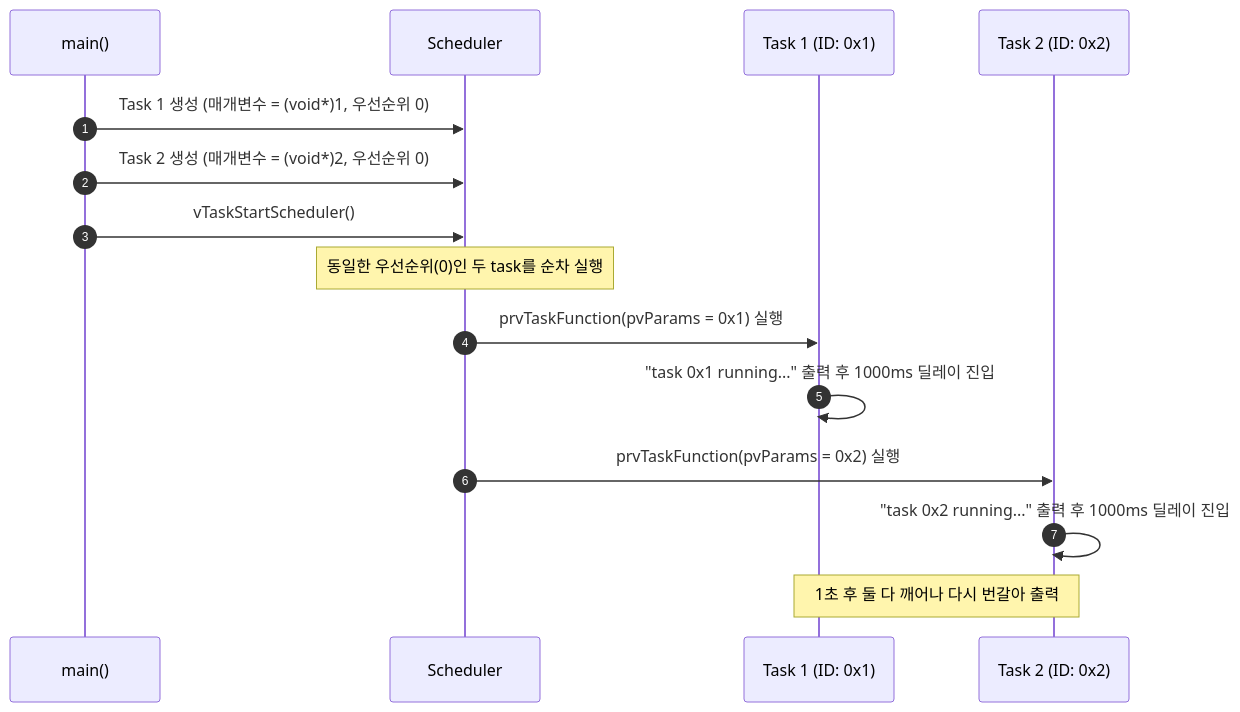
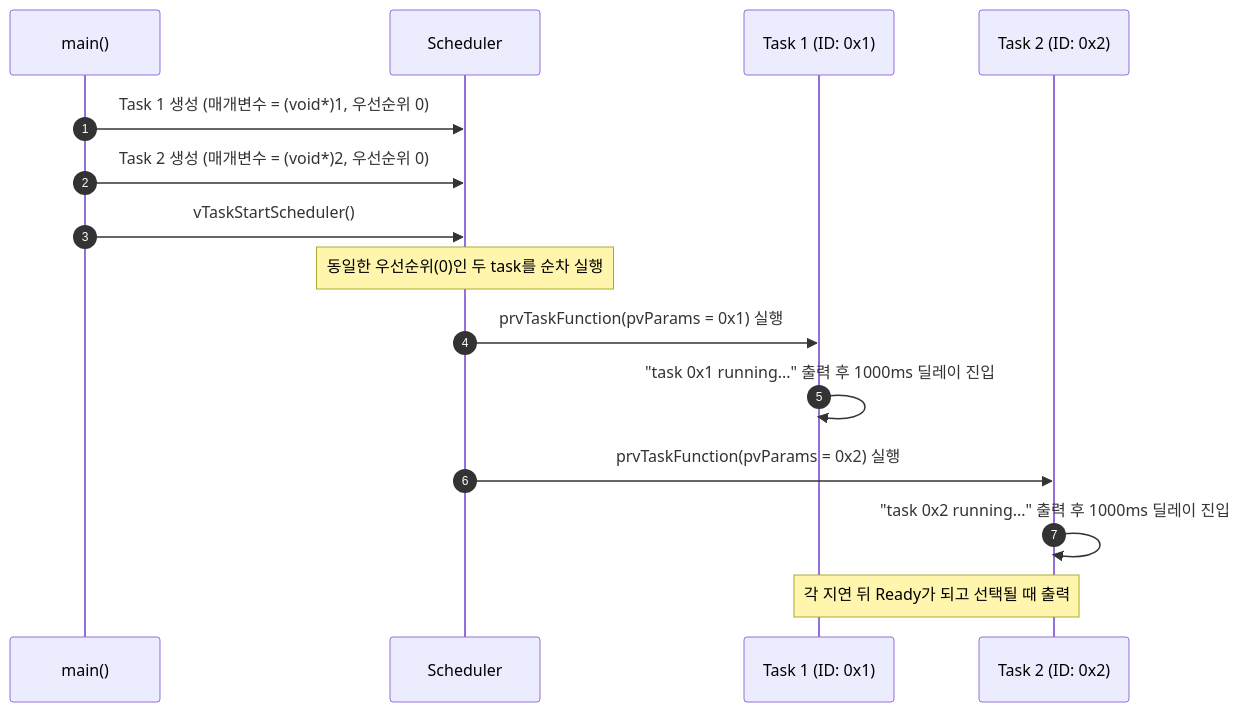
One commit to yunju-baek/FreeRTOS-Tutorials-ko changed the second of 2 diagrams in ko/guides/tutorial_5.md. Above: the diagram before and after it, drawn with Mermaid. The commit also changed other lines of this file and 37 other files, not shown here.

````diff
--- a/ko/guides/tutorial_5.md
+++ b/ko/guides/tutorial_5.md
@@ -82,18 +76,18 @@
 ```mermaid
 sequenceDiagram
     autonumber
     participant Main as main()
     participant Kernel as Scheduler
     participant T1 as Task 1 (ID: 0x1)
     participant T2 as Task 2 (ID: 0x2)
 
     Main->>Kernel: Task 1 생성 (매개변수 = (void*)1, 우선순위 0)
     Main->>Kernel: Task 2 생성 (매개변수 = (void*)2, 우선순위 0)
     Main->>Kernel: vTaskStartScheduler()
     Note over Kernel: 동일한 우선순위(0)인 두 task를 순차 실행
     Kernel->>T1: prvTaskFunction(pvParams = 0x1) 실행
     T1->>T1: "task 0x1 running..." 출력 후 1000ms 딜레이 진입
     Kernel->>T2: prvTaskFunction(pvParams = 0x2) 실행
     T2->>T2: "task 0x2 running..." 출력 후 1000ms 딜레이 진입
-    Note over T1,T2: 1초 후 둘 다 깨어나 다시 번갈아 출력
+    Note over T1,T2: 각 지연 뒤 Ready가 되고 선택될 때 출력
 ```
````
